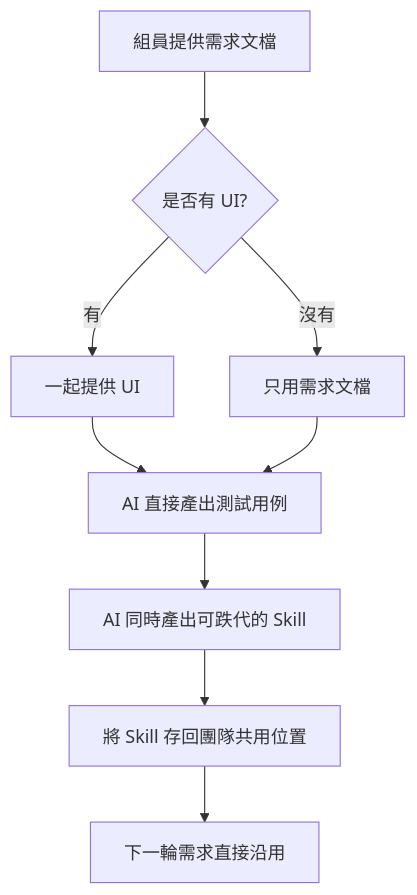
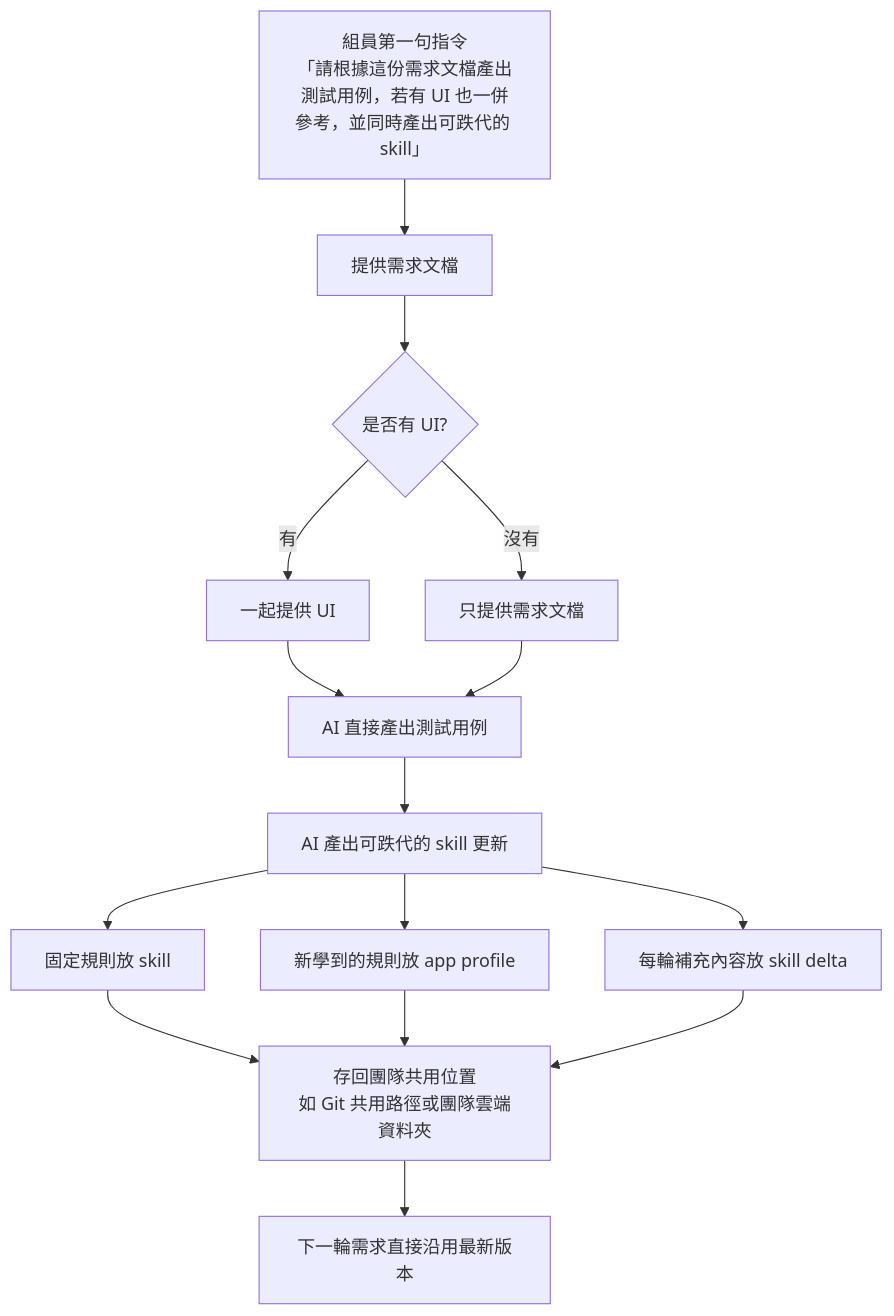
One commit to Jimmy-Kao/skills changed the diagram in README.md. Above: the diagram before and after it, drawn with Mermaid.

````diff
--- a/README.md
+++ b/README.md
@@ -69,11 +69,30 @@
 ```mermaid
 flowchart TD
-    A[組員提供需求文檔] --> B{是否有 UI?}
-    B -- 有 --> C[一起提供 UI]
-    B -- 沒有 --> D[只用需求文檔]
-    C --> E[AI 直接產出測試用例]
-    D --> E[AI 直接產出測試用例]
-    E --> F[AI 同時產出可跌代的 Skill]
-    F --> G[將 Skill 存回團隊共用位置]
-    G --> H[下一輪需求直接沿用]
+    A[組員第一句指令<br/>「請根據這份需求文檔產出測試用例，若有 UI 也一併參考，並同時產出可跌代的 skill」]
+    B[提供需求文檔]
+    C{是否有 UI?}
+    D[一起提供 UI]
+    E[只提供需求文檔]
+    F[AI 直接產出測試用例]
+    G[AI 產出可跌代的 skill 更新]
+    H[固定規則放 skill]
+    I[新學到的規則放 app profile]
+    J[每輪補充內容放 skill delta]
+    K[存回團隊共用位置<br/>如 Git 共用路徑或團隊雲端資料夾]
+    L[下一輪需求直接沿用最新版本]
+
+    A --> B
+    B --> C
+    C -- 有 --> D
+    C -- 沒有 --> E
+    D --> F
+    E --> F
+    F --> G
+    G --> H
+    G --> I
+    G --> J
+    H --> K
+    I --> K
+    J --> K
+    K --> L
 ```
````
